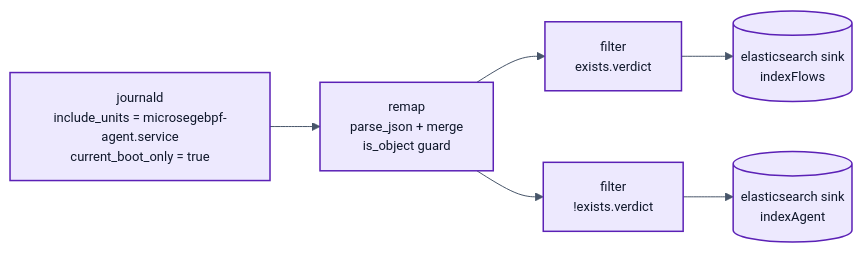
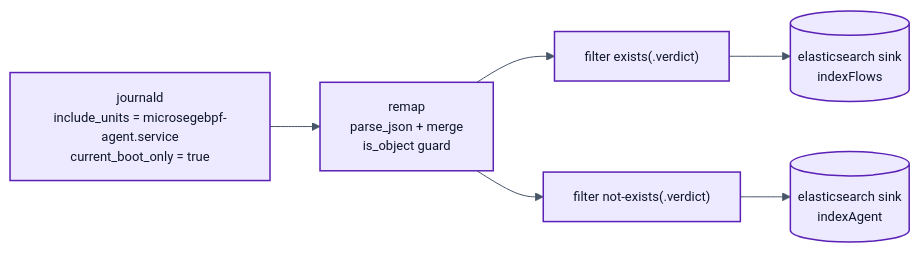
The second of 3 diagrams in ARCHITECTURE.md (aambert/nixos-microsegebpf), drawn with Mermaid before and after one commit. The commit also changed other lines of this file and 3 other files, not shown here.

First line of the commit message:
docs: fix Mermaid parse errors — quote labels with (), {}, |, etc.

````diff
--- a/ARCHITECTURE.md
+++ b/ARCHITECTURE.md
@@ -772,15 +772,15 @@
 ```mermaid
 %%{init: {'theme':'base','themeVariables':{'primaryColor':'#FFFFFF','primaryTextColor':'#0F172A','primaryBorderColor':'#475569','lineColor':'#475569','fontFamily':'monospace','fontSize':'13px'}}}%%
 flowchart LR
-  J[journald<br/>include_units = microsegebpf-agent.service<br/>current_boot_only = true]
-  R[remap<br/>parse_json + merge<br/>is_object guard]
-  FF[filter<br/>exists.verdict]
-  FA[filter<br/>!exists.verdict]
-  SF[(elasticsearch sink<br/>indexFlows)]
-  SA[(elasticsearch sink<br/>indexAgent)]
+  J["journald<br/>include_units = microsegebpf-agent.service<br/>current_boot_only = true"]
+  R["remap<br/>parse_json + merge<br/>is_object guard"]
+  FF["filter exists(.verdict)"]
+  FA["filter not-exists(.verdict)"]
+  SF[("elasticsearch sink<br/>indexFlows")]
+  SA[("elasticsearch sink<br/>indexAgent")]
   J --> R
   R --> FF --> SF
   R --> FA --> SA
   classDef vec fill:#EDE9FE,stroke:#5B21B6,stroke-width:1.5px
   class J,R,FF,FA,SF,SA vec
 ```
````
